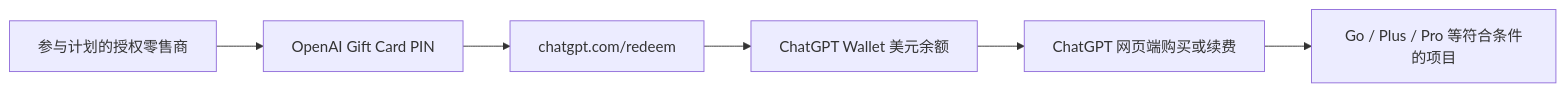
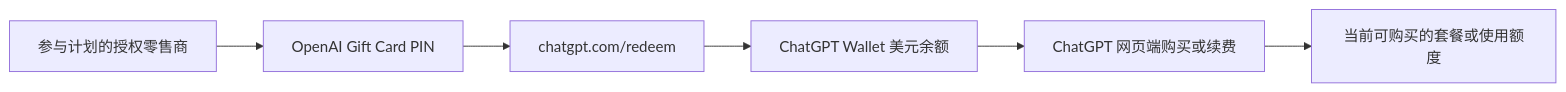
The diagram in README.md (Avarce/openai-gift-card-guide), drawn with Mermaid before and after one commit. The commit also changed other lines of this file and 1 other file, not shown here.

```diff
--- a/README.md
+++ b/README.md
@@ -57,8 +60,8 @@
 ~~~mermaid
 flowchart LR
     A[参与计划的授权零售商] --> B[OpenAI Gift Card PIN]
     B --> C[chatgpt.com/redeem]
     C --> D[ChatGPT Wallet 美元余额]
     D --> E[ChatGPT 网页端购买或续费]
-    E --> F[Go / Plus / Pro 等符合条件的项目]
+    E --> F[当前可购买的套餐或使用额度]
 ~~~
```
